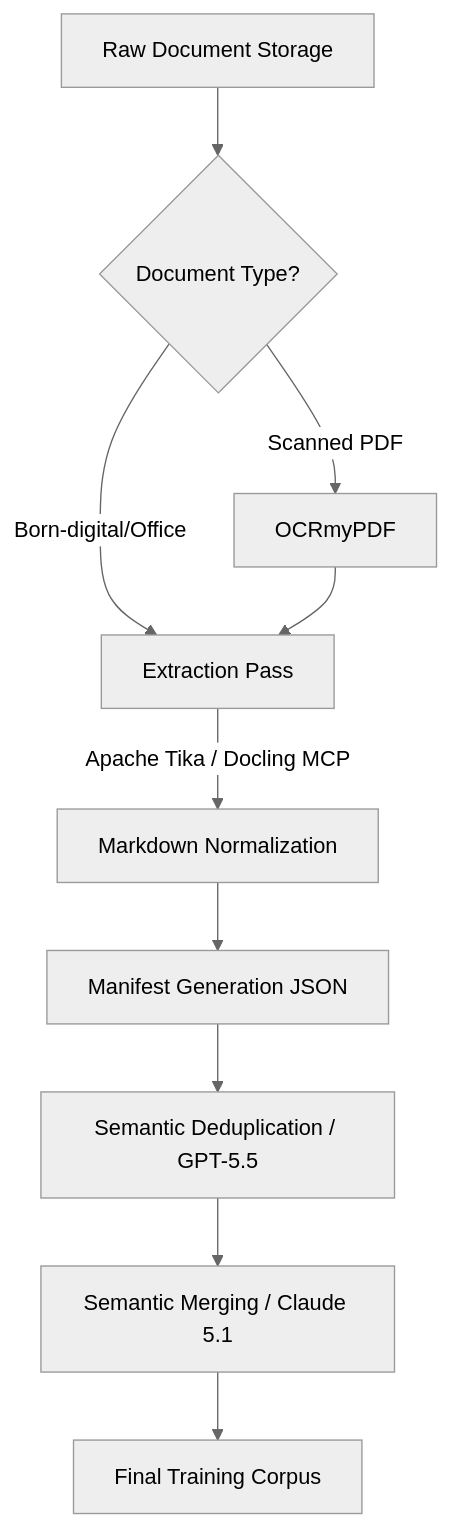
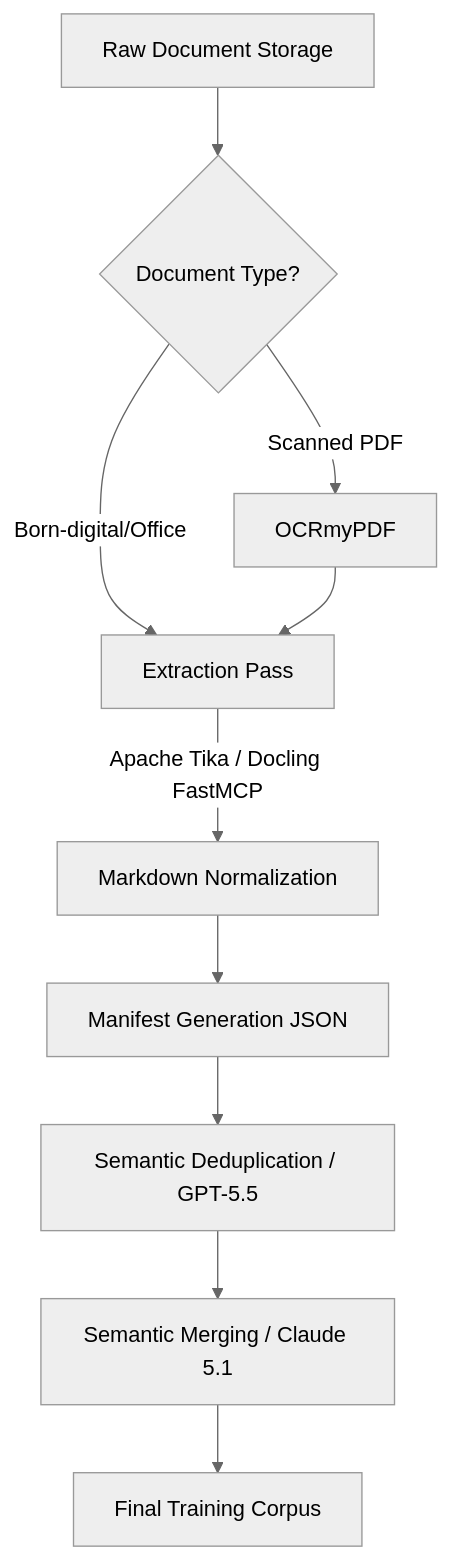
One commit to joanmarcriera/Home-office-automations changed the diagram in docs/playbooks/document-preparation-for-llm-training.md. Above: the diagram before and after it, drawn with Mermaid (neutral theme). The commit also changed other lines of this file and 5 other files, not shown here.

````diff
--- a/docs/playbooks/document-preparation-for-llm-training.md
+++ b/docs/playbooks/document-preparation-for-llm-training.md
@@ -53,12 +53,12 @@
 ```mermaid
 flowchart TD
     A[Raw Document Storage] --> B{Document Type?}
     B -- Scanned PDF --> C[OCRmyPDF]
     B -- Born-digital/Office --> D[Extraction Pass]
     C --> D
-    D -- Apache Tika / Docling MCP --> E[Markdown Normalization]
+    D -- Apache Tika / Docling FastMCP --> E[Markdown Normalization]
     E --> F[Manifest Generation JSON]
     F --> G[Semantic Deduplication / GPT-5.5]
     G --> H[Semantic Merging / Claude 5.1]
     H --> I[Final Training Corpus]
 ```
````
